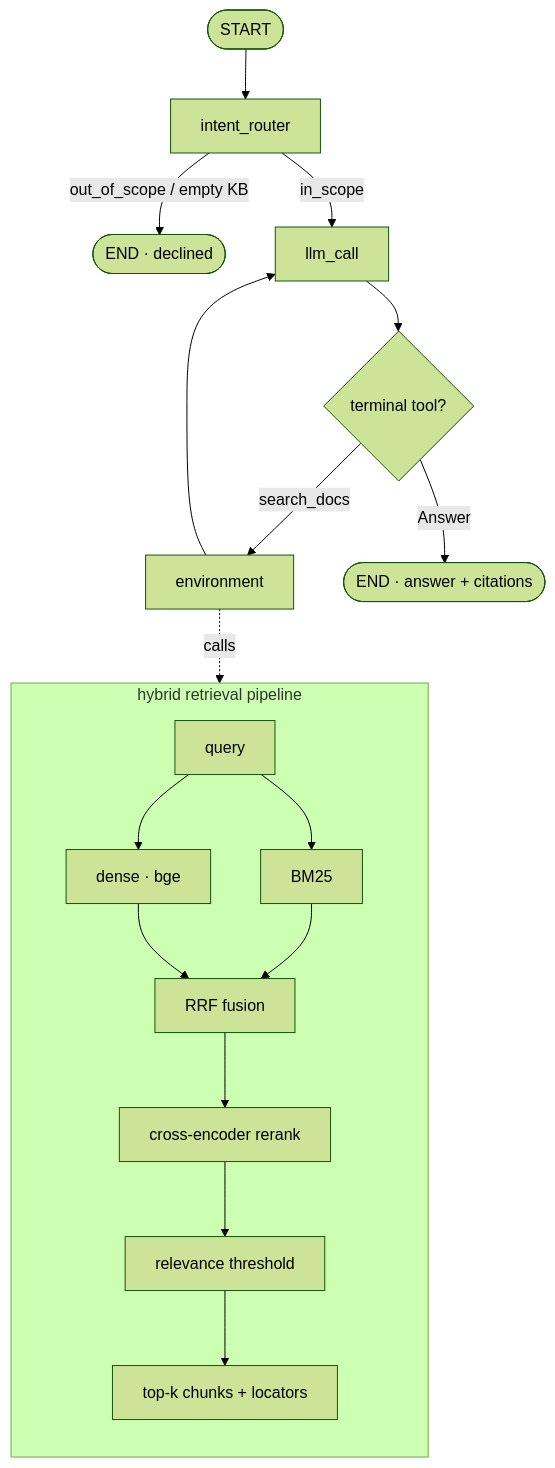
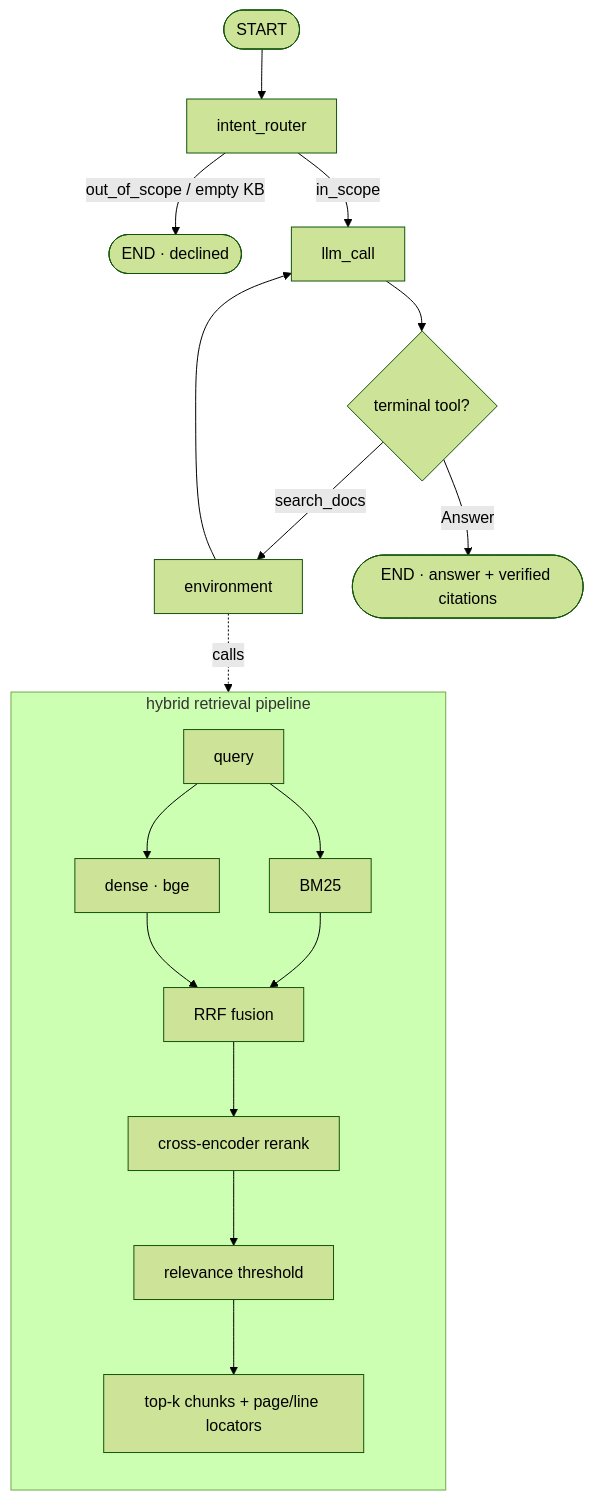
Before and after one commit to Baldwinzc/docagent: the diagram in README.md, drawn with Mermaid (forest theme). The commit also changed other lines of this file and 146 other files, not shown here.

````diff
--- a/README.md
+++ b/README.md
@@ -32,23 +96,22 @@
 ```mermaid
 flowchart TB
     START([START]) --> R[intent_router]
     R -- out_of_scope / empty KB --> D([END · declined])
     R -- in_scope --> L[llm_call]
     L --> C{terminal tool?}
     C -- search_docs --> E[environment]
     E --> L
-    C -- Answer --> X([END · answer + citations])
+    C -- Answer --> X([END · answer + verified citations])
 
     E -.calls.-> PIPE
-
     subgraph PIPE [hybrid retrieval pipeline]
       direction TB
       Q[query] --> DENSE[dense · bge]
       Q --> BM25[BM25]
       DENSE --> RRF[RRF fusion]
       BM25 --> RRF
       RRF --> RERANK[cross-encoder rerank]
       RERANK --> THRESH[relevance threshold]
-      THRESH --> OUT2[top-k chunks + locators]
+      THRESH --> OUT2[top-k chunks + page/line locators]
     end
 ```
````
